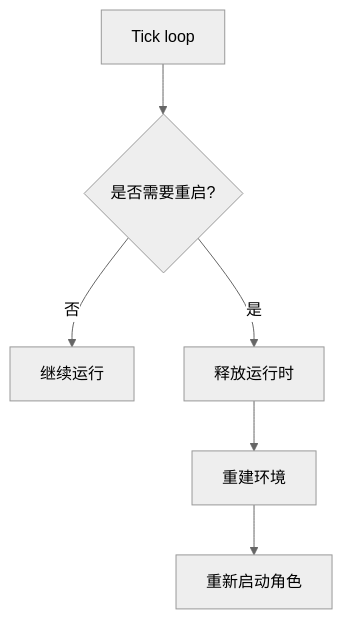
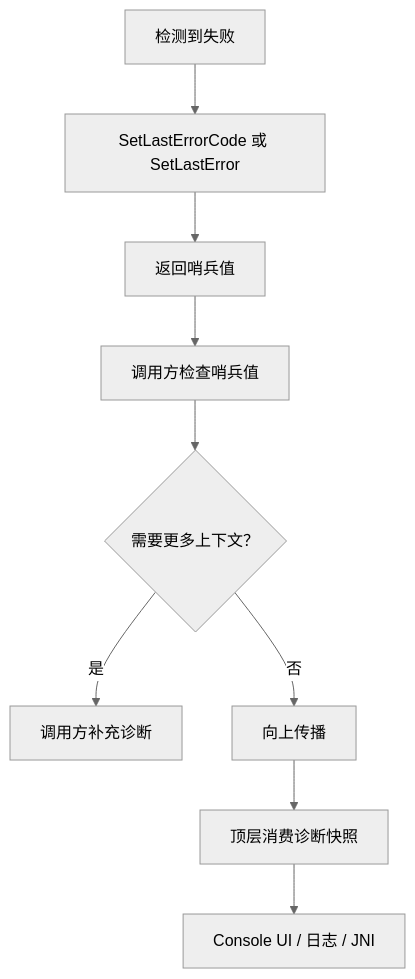
Before and after one commit to HyacinthHaru/openppp2: the third of 8 diagrams in docs/OPERATIONS_CN.md, drawn with Mermaid (neutral theme). The commit also changed other lines of this file and 93 other files, not shown here.

Commit message:
Add more error code paths and document content overrides.

````diff
--- a/docs/OPERATIONS_CN.md
+++ b/docs/OPERATIONS_CN.md
@@ -92,8 +94,11 @@
 ```mermaid
 flowchart TD
-    A[Tick loop] --> B{是否需要重启?}
-    B -->|否| C[继续运行]
-    B -->|是| D[释放运行时]
-    D --> E[重建环境]
-    E --> F[重新启动角色]
+    A[检测到失败] --> B[SetLastErrorCode 或 SetLastError]
+    B --> C[返回哨兵值]
+    C --> D[调用方检查哨兵值]
+    D --> E{需要更多上下文？}
+    E -->|是| F[调用方补充诊断]
+    E -->|否| G[向上传播]
+    G --> H[顶层消费诊断快照]
+    H --> I[Console UI / 日志 / JNI]
 ```
````
